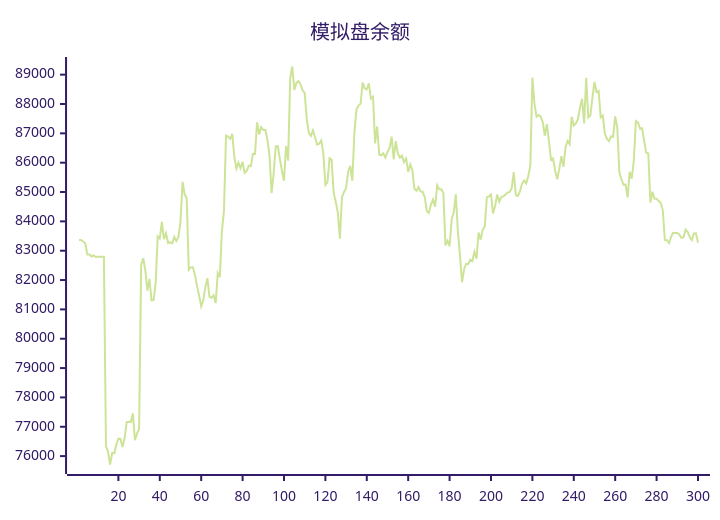
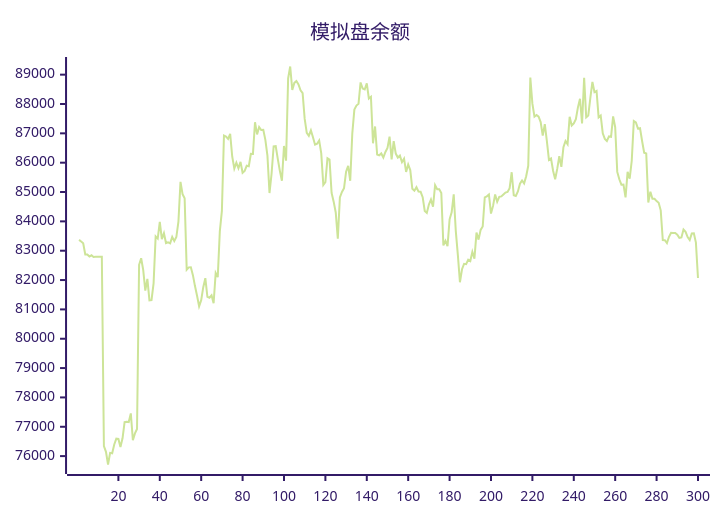
One commit to aahl/ai-trading changed the diagram in README.md. Above: the diagram before and after it, drawn with Mermaid (forest theme). The commit also changed other lines of this file and 1 other file, not shown here.

````diff
--- a/README.md
+++ b/README.md
@@ -5,5 +5,5 @@
 ```mermaid
 xychart
     title "模拟盘余额"
-    line [83369,83369,83313,83256,82872,82873,82801,82844,82785,82791,82791,82793,82794,76339,76145,75714,76110,76096,76397,76594,76585,76310,76607,77160,77170,77160,77456,76541,76774,76927,82520,82744,82337,81639,82040,81307,81314,81887,83490,83414,83984,83396,83594,83261,83287,83253,83470,83327,83465,83987,85348,84930,84786,82355,82433,82438,82167,81795,81466,81105,81315,81756,82064,81426,81398,81481,81210,82242,82099,83658,84359,86925,86892,86814,86980,86203,85802,86003,85811,86028,85657,85721,85896,85880,86300,86299,87378,86965,87214,87115,87118,86780,86238,84966,85623,86555,86562,86129,85722,85387,86569,86070,88870,89278,88477,88720,88781,88668,88467,88372,87493,87018,86917,87102,86870,86613,86644,86758,86317,85242,85334,86149,86106,84968,84671,84302,83410,84816,85001,85127,85693,85891,85384,87001,87811,87945,88007,88734,88528,88495,88705,88189,88248,86662,87234,86279,86251,86314,86177,86364,86503,86886,86114,86731,86310,86176,86240,86017,86136,85685,85938,85749,85111,85044,85164,85016,85008,84824,84354,84287,84572,84745,84500,85234,85096,85095,84970,83180,83338,83157,84070,84309,84922,83667,82850,81924,82369,82552,82539,82695,82648,82962,82728,83619,83378,83710,83825,84819,84854,84917,84265,84527,84919,84668,84834,84850,84916,84981,85004,85131,85674,84891,84864,85019,85284,85393,85294,85538,85894,88904,88012,87567,87625,87568,87386,86920,87313,86737,86094,86143,85725,85437,85787,86219,85859,86526,86740,86630,87563,87264,87335,87483,87886,88180,87335,88894,87544,87608,88207,88755,88401,88444,87543,87608,87000,86810,86740,86894,86884,87576,87209,85686,85435,85251,85255,84820,85689,85453,86066,87420,87373,87161,87178,86740,86341,86315,84643,85012,84772,84768,84690,84635,84376,83360,83357,83259,83474,83608,83606,83602,83548,83440,83454,83724,83644,83464,83365,83590,83592,83275]
+    line [83369,83313,83256,82872,82873,82801,82844,82785,82791,82791,82793,82794,76339,76145,75714,76110,76096,76397,76594,76585,76310,76607,77160,77170,77160,77456,76541,76774,76927,82520,82744,82337,81639,82040,81307,81314,81887,83490,83414,83984,83396,83594,83261,83287,83253,83470,83327,83465,83987,85348,84930,84786,82355,82433,82438,82167,81795,81466,81105,81315,81756,82064,81426,81398,81481,81210,82242,82099,83658,84359,86925,86892,86814,86980,86203,85802,86003,85811,86028,85657,85721,85896,85880,86300,86299,87378,86965,87214,87115,87118,86780,86238,84966,85623,86555,86562,86129,85722,85387,86569,86070,88870,89278,88477,88720,88781,88668,88467,88372,87493,87018,86917,87102,86870,86613,86644,86758,86317,85242,85334,86149,86106,84968,84671,84302,83410,84816,85001,85127,85693,85891,85384,87001,87811,87945,88007,88734,88528,88495,88705,88189,88248,86662,87234,86279,86251,86314,86177,86364,86503,86886,86114,86731,86310,86176,86240,86017,86136,85685,85938,85749,85111,85044,85164,85016,85008,84824,84354,84287,84572,84745,84500,85234,85096,85095,84970,83180,83338,83157,84070,84309,84922,83667,82850,81924,82369,82552,82539,82695,82648,82962,82728,83619,83378,83710,83825,84819,84854,84917,84265,84527,84919,84668,84834,84850,84916,84981,85004,85131,85674,84891,84864,85019,85284,85393,85294,85538,85894,88904,88012,87567,87625,87568,87386,86920,87313,86737,86094,86143,85725,85437,85787,86219,85859,86526,86740,86630,87563,87264,87335,87483,87886,88180,87335,88894,87544,87608,88207,88755,88401,88444,87543,87608,87000,86810,86740,86894,86884,87576,87209,85686,85435,85251,85255,84820,85689,85453,86066,87420,87373,87161,87178,86740,86341,86315,84643,85012,84772,84768,84690,84635,84376,83360,83357,83259,83474,83608,83606,83602,83548,83440,83454,83724,83644,83464,83365,83590,83592,83275,82072]
 ```
````
